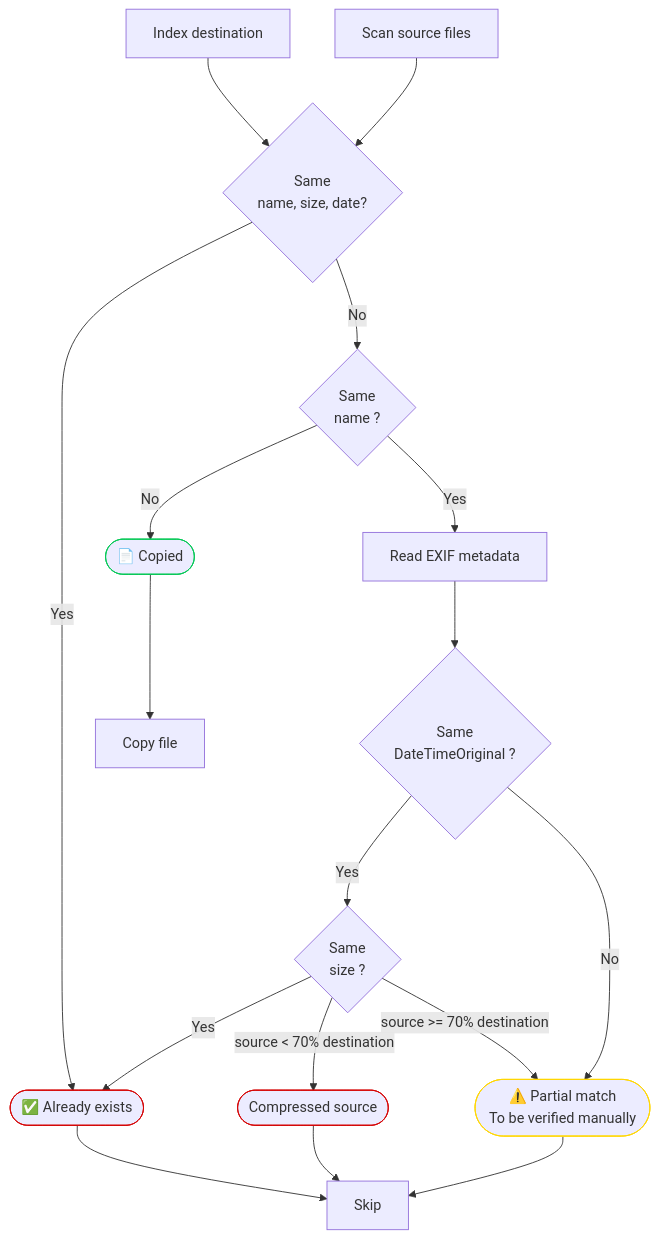
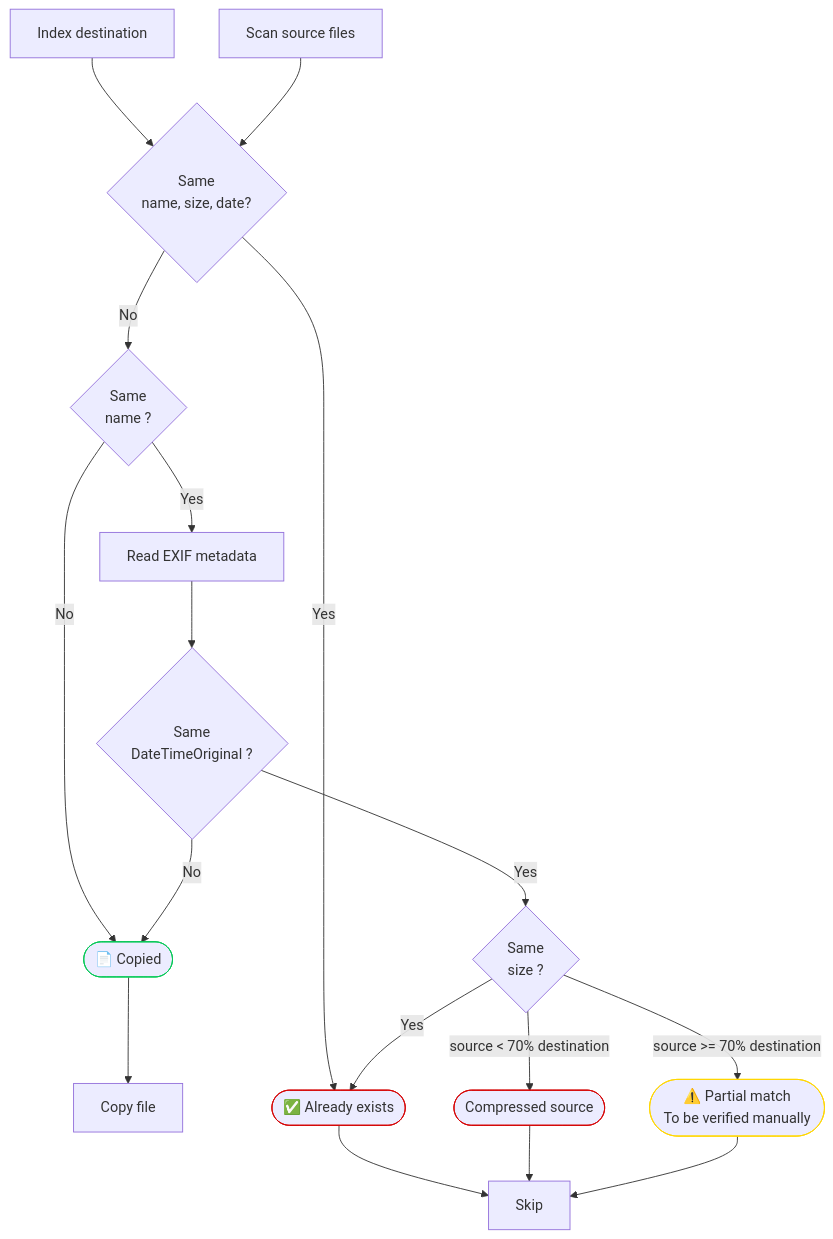
The diagram in readme.md (FunkyKwak/unique-photo-transfer), drawn with Mermaid before and after one commit. The commit also changed other lines of this file and 2 other files, not shown here.

````diff
--- a/readme.md
+++ b/readme.md
@@ -47,44 +50,44 @@
 ```mermaid
 flowchart TD
 
     A[Index destination]
     B[Scan source files]
     C{Same<br>name, size, date?}
     D[Copy file]
     E([✅ Already exists])
     F[Read EXIF metadata]
     G{Same<br>DateTimeOriginal ?}
     H([📄 Copied])
     I([⚠️ Partial match<br>To be verified manually])
     J[Skip]
     L{Same<br>size ?}
     M([Compressed source])
 
    	A --> C
    	B --> C
 
     C -->|Yes| E
     C -->|No| K{Same<br>name ?}
     
     K -->|No| H
     K -->|Yes| F
 
     F --> G
 
     G -->|Yes| L
-    G -->|No| I
+    G -->|No| H
 
    	L -->|Yes| E
    	L -->|source < 70% destination| M
    	L -->|source >= 70% destination| I
    	
    	H --> D
     E --> J
     M --> J
     I --> J
    	
    	style H stroke:#00C853
    	style E stroke:#D50000
    	style M stroke:#D50000
    	style I stroke:#FFD600
 ```
````
